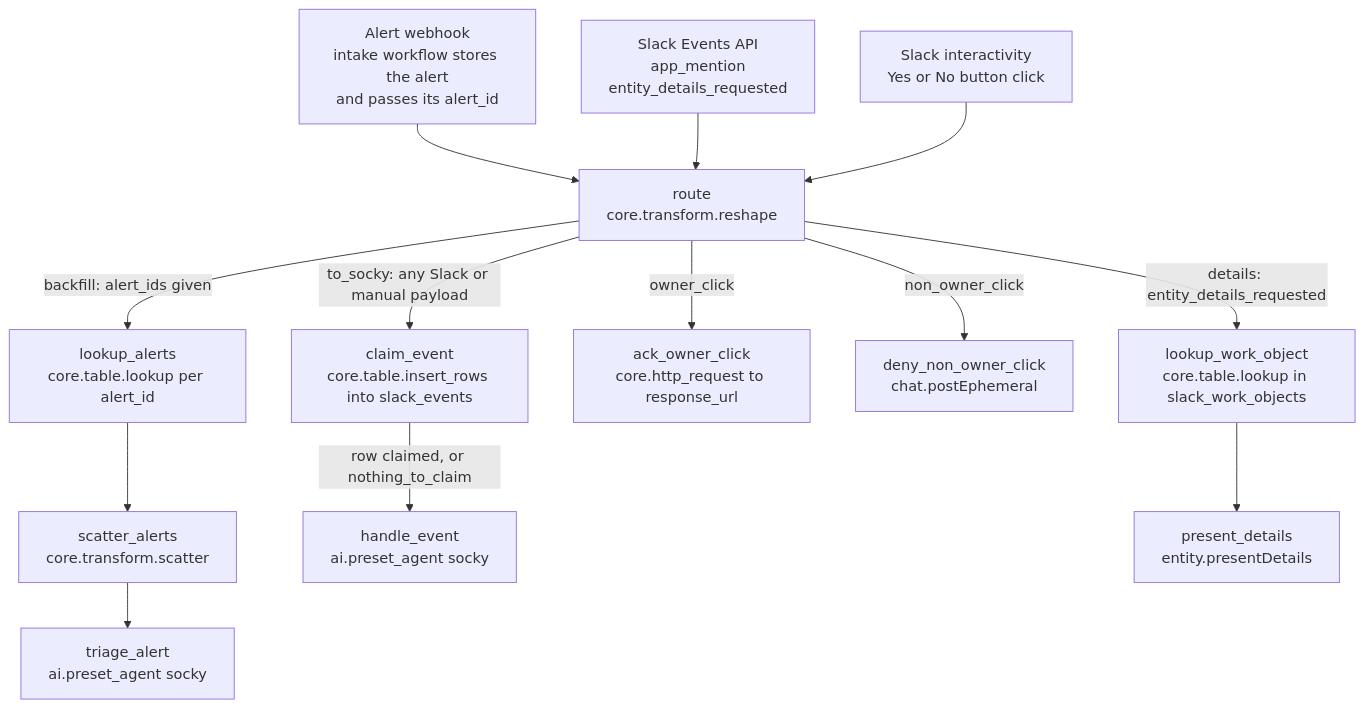
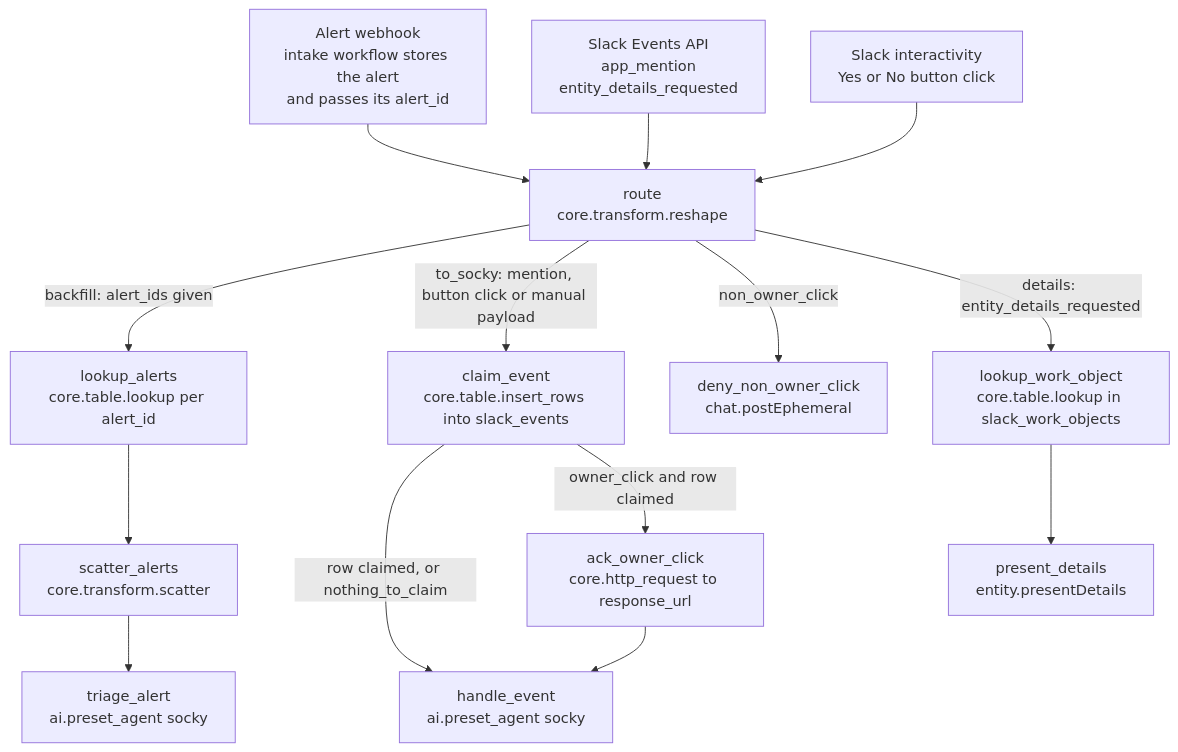
Before and after one commit to TracecatHQ/tracecat: the diagram in examples/001-distributed-alerting/workflow.md, drawn with Mermaid. The commit also changed other lines of this file, not shown here.

````diff
--- a/examples/001-distributed-alerting/workflow.md
+++ b/examples/001-distributed-alerting/workflow.md
@@ -9,25 +9,26 @@
 ```mermaid
 flowchart TD
     t_alert["Alert webhook<br/>intake workflow stores the alert<br/>and passes its alert_id"]
     t_events["Slack Events API<br/>app_mention<br/>entity_details_requested"]
     t_click["Slack interactivity<br/>Yes or No button click"]
 
     route["route<br/>core.transform.reshape"]
 
     t_alert --> route
     t_events --> route
     t_click --> route
 
     route -->|"backfill: alert_ids given"| lookup_alerts["lookup_alerts<br/>core.table.lookup per alert_id"]
     lookup_alerts --> scatter_alerts["scatter_alerts<br/>core.transform.scatter"]
     scatter_alerts --> triage_alert["triage_alert<br/>ai.preset_agent socky"]
 
-    route -->|"to_socky: any Slack or manual payload"| claim_event["claim_event<br/>core.table.insert_rows into slack_events"]
+    route -->|"to_socky: mention, button click or manual payload"| claim_event["claim_event<br/>core.table.insert_rows into slack_events"]
     claim_event -->|"row claimed, or nothing_to_claim"| handle_event["handle_event<br/>ai.preset_agent socky"]
 
-    route -->|"owner_click"| ack_owner_click["ack_owner_click<br/>core.http_request to response_url"]
+    claim_event -->|"owner_click and row claimed"| ack_owner_click["ack_owner_click<br/>core.http_request to response_url"]
+    ack_owner_click --> handle_event
     route -->|"non_owner_click"| deny_non_owner_click["deny_non_owner_click<br/>chat.postEphemeral"]
 
     route -->|"details: entity_details_requested"| lookup_work_object["lookup_work_object<br/>core.table.lookup in slack_work_objects"]
     lookup_work_object --> present_details["present_details<br/>entity.presentDetails"]
 ```
````
